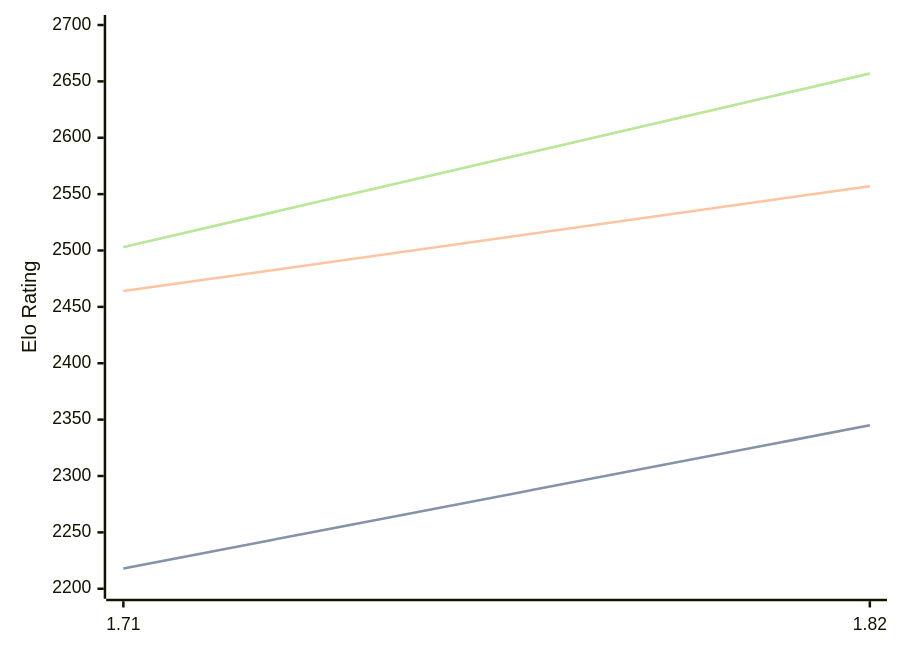
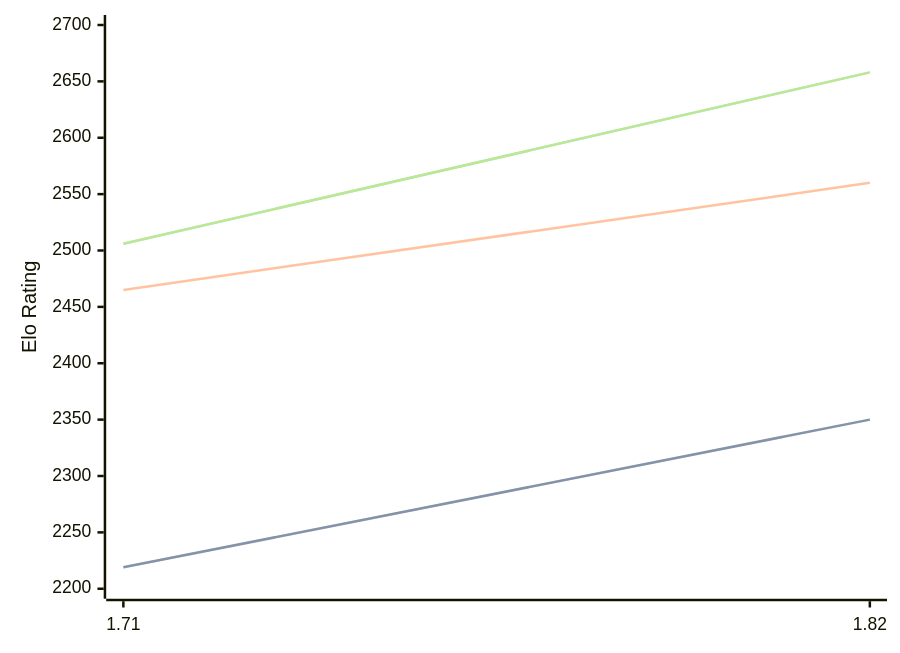
The diagram in engines/Amira.md (computer-chess-index/cci), drawn with Mermaid before and after one commit. The commit also changed other lines of this file, not shown here.

Commit message:
Update CCI Ratings (ELO VLTC) - 2026-03-29

````diff
--- a/engines/Amira.md
+++ b/engines/Amira.md
@@ -35,11 +35,11 @@
 ```mermaid
 %%{init: {"theme":"base","themeVariables":{"seriesColors:['#a3a3a3','#222221','#faa371']}}}%%
 xychart-beta
   x-axis ["1.71", "1.82"]
   y-axis "Elo Rating" 2200 --> 2700
-  line "STC (8.0+0.08s)" [2218, 2345]
-  line "STC (8.0+0.08s)" [2218, 2345]
-  line "LTC (60.0+0.60s)" [2464, 2557]
-  line "VLTC (2m24s+1.12s)" [2503, 2657]
-  line "VLTC (2m24s+1.12s)" [2503, 2657]
+  line "STC (8.0+0.08s)" [2219, 2350]
+  line "STC (8.0+0.08s)" [2219, 2350]
+  line "LTC (60.0+0.60s)" [2465, 2560]
+  line "VLTC (2m24s+1.12s)" [2506, 2658]
+  line "VLTC (2m24s+1.12s)" [2506, 2658]
 ```
````
